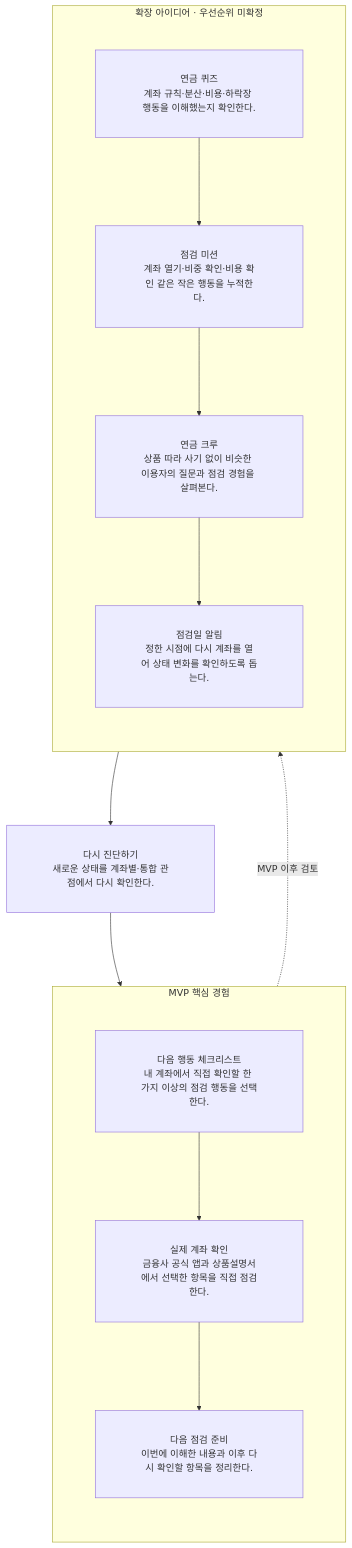
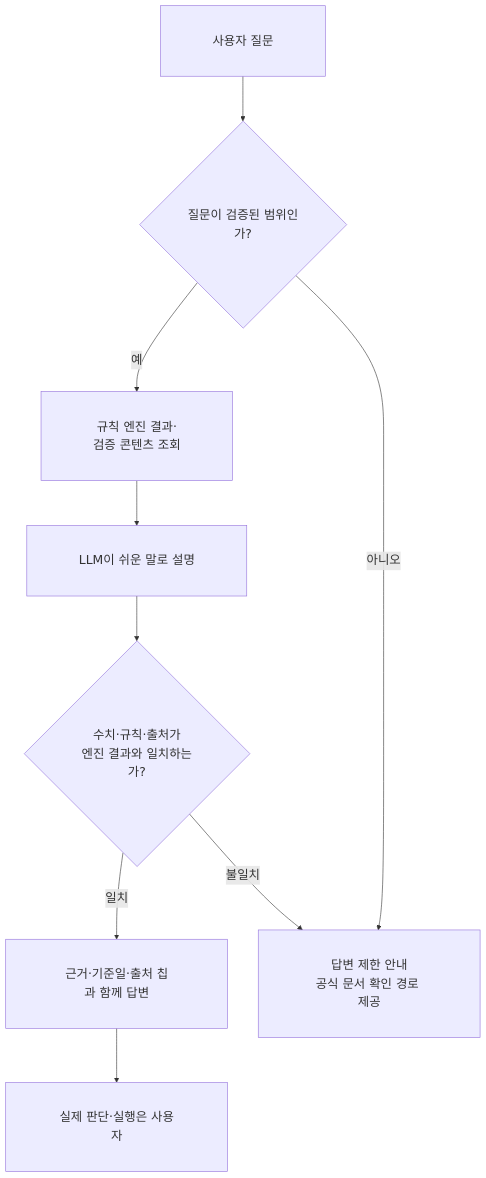
The third of 3 diagrams in docs/사용자_관점_연금_서비스_경험_흐름.md (jyleo2k2/KDA-securities), drawn with Mermaid before and after one commit. The commit also changed other lines of this file, not shown here.

````diff
--- a/docs/사용자_관점_연금_서비스_경험_흐름.md
+++ b/docs/사용자_관점_연금_서비스_경험_흐름.md
@@ -68,25 +160,19 @@
 ```mermaid
-%%{init: { "flowchart": { "padding": 38, "nodeSpacing": 125, "rankSpacing": 125, "inheritDir": true } } }%%
+%%{init: { "themeVariables": { "fontSize": "21px" }, "flowchart": { "htmlLabels": true, "padding": 44, "nodeSpacing": 52, "rankSpacing": 76 } } }%%
 flowchart TB
-    subgraph MVP["MVP 핵심 경험"]
-        direction TB
-        A["다음 행동 체크리스트<br/>내 계좌에서 직접 확인할 한 가지 이상의 점검 행동을 선택한다."]
-        B["실제 계좌 확인<br/>금융사 공식 앱과 상품설명서에서 선택한 항목을 직접 점검한다."]
-        C["다음 점검 준비<br/>이번에 이해한 내용과 이후 다시 확인할 항목을 정리한다."]
-    end
+    U["사용자 질문"]
+    Q{"질문이 검증된 범위인가?"}
+    R["규칙 엔진 결과·<br/>검증 콘텐츠 조회"]
+    L["LLM이 쉬운 말로 설명"]
+    V{"수치·규칙·출처가<br/>엔진 결과와 일치하는가?"}
+    O["근거·기준일·출처 칩과 함께 답변"]
+    X["답변 제한 안내<br/>공식 문서 확인 경로 제공"]
+    Y["실제 판단·실행은 사용자"]
 
-    subgraph EXPANSION["확장 아이디어 · 우선순위 미확정"]
-        direction TB
-        D["연금 퀴즈<br/>계좌 규칙·분산·비용·하락장 행동을 이해했는지 확인한다."]
-        E["점검 미션<br/>계좌 열기·비중 확인·비용 확인 같은 작은 행동을 누적한다."]
-        F["연금 크루<br/>상품 따라 사기 없이 비슷한 이용자의 질문과 점검 경험을 살펴본다."]
-        G["점검일 알림<br/>정한 시점에 다시 계좌를 열어 상태 변화를 확인하도록 돕는다."]
-    end
-
-    H["다시 진단하기<br/>새로운 상태를 계좌별·통합 관점에서 다시 확인한다."]
-
-    A --> B --> C
-    C -. MVP 이후 검토 .-> D
-    D --> E --> F --> G --> H
-    H --> A
+    U --> Q
+    Q -->|"예"| R
+    Q -->|"아니오"| X
+    R --> L --> V
+    V -->|"일치"| O --> Y
+    V -->|"불일치"| X
 ```
````
